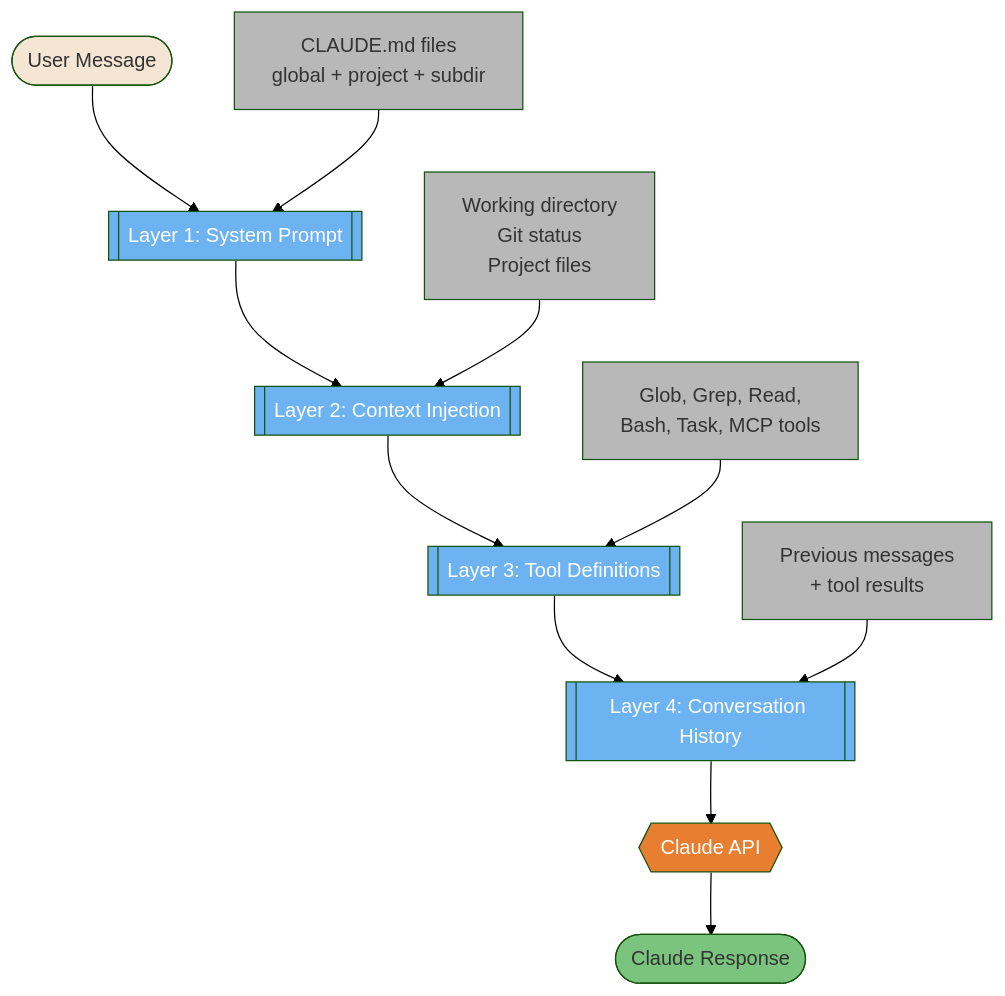
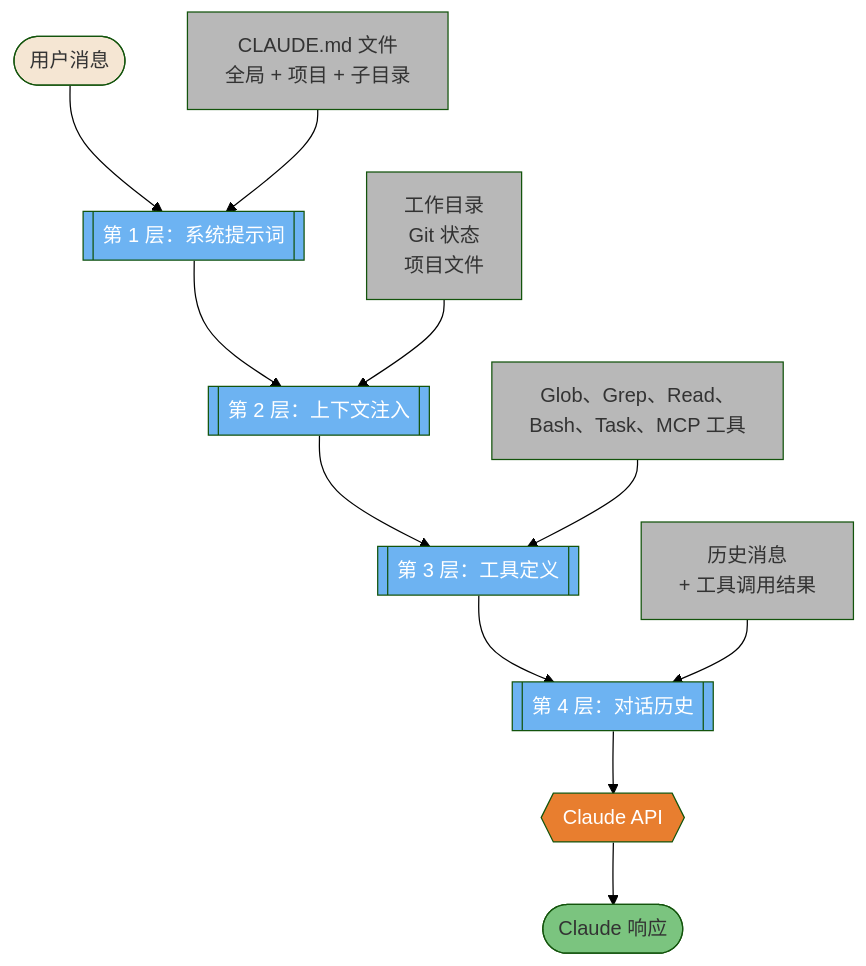
The first of 4 diagrams in claude-code/diagrams/01-foundations.md (lawrencewzen/aispark-wiki), drawn with Mermaid (forest theme) before and after one commit. The commit also changed other lines of this file and 82 other files, not shown here.

First line of the commit message:
feat: 完成 claude-code/ 目录全量中文翻译

````diff
--- a/claude-code/diagrams/01-foundations.md
+++ b/claude-code/diagrams/01-foundations.md
@@ -19,38 +19,38 @@
 ```mermaid
 flowchart TD
-    A([User Message]) --> B[[Layer 1: System Prompt]]
-    B --> C[[Layer 2: Context Injection]]
-    C --> D[[Layer 3: Tool Definitions]]
-    D --> E[[Layer 4: Conversation History]]
+    A([用户消息]) --> B[[第 1 层：系统提示词]]
+    B --> C[[第 2 层：上下文注入]]
+    C --> D[[第 3 层：工具定义]]
+    D --> E[[第 4 层：对话历史]]
     E --> F{{Claude API}}
-    F --> G([Claude Response])
+    F --> G([Claude 响应])
 
-    B1[CLAUDE.md files<br/>global + project + subdir] --> B
-    C1[Working directory<br/>Git status<br/>Project files] --> C
-    D1[Glob, Grep, Read,<br/>Bash, Task, MCP tools] --> D
-    E1[Previous messages<br/>+ tool results] --> E
+    B1[CLAUDE.md 文件<br/>全局 + 项目 + 子目录] --> B
+    C1[工作目录<br/>Git 状态<br/>项目文件] --> C
+    D1[Glob、Grep、Read、<br/>Bash、Task、MCP 工具] --> D
+    E1[历史消息<br/>+ 工具调用结果] --> E
 
     style A fill:#F5E6D3,color:#333
     style B fill:#6DB3F2,color:#fff
     style C fill:#6DB3F2,color:#fff
     style D fill:#6DB3F2,color:#fff
     style E fill:#6DB3F2,color:#fff
     style F fill:#E87E2F,color:#fff
     style G fill:#7BC47F,color:#333
     style B1 fill:#B8B8B8,color:#333
     style C1 fill:#B8B8B8,color:#333
     style D1 fill:#B8B8B8,color:#333
     style E1 fill:#B8B8B8,color:#333
 
-    click A href "https://github.com/claude-code-ultimate-guide/claude-code-ultimate-guide/blob/main/guide/ultimate-guide.md#12-first-workflow" "First Workflow"
-    click B href "https://github.com/claude-code-ultimate-guide/claude-code-ultimate-guide/blob/main/guide/core/architecture.md#1-the-master-loop" "Layer 1: System Prompt"
-    click B1 href "https://github.com/claude-code-ultimate-guide/claude-code-ultimate-guide/blob/main/guide/ultimate-guide.md#31-memory-files-claudemd" "Memory Files (CLAUDE.md)"
-    click C href "https://github.com/claude-code-ultimate-guide/claude-code-ultimate-guide/blob/main/guide/ultimate-guide.md#22-context-management" "Layer 2: Context Injection"
-    click C1 href "https://github.com/claude-code-ultimate-guide/claude-code-ultimate-guide/blob/main/guide/ultimate-guide.md#22-context-management" "Context Management"
-    click D href "https://github.com/claude-code-ultimate-guide/claude-code-ultimate-guide/blob/main/guide/core/architecture.md#2-the-tool-arsenal" "Layer 3: Tool Definitions"
-    click D1 href "https://github.com/claude-code-ultimate-guide/claude-code-ultimate-guide/blob/main/guide/core/architecture.md#2-the-tool-arsenal" "Tool Arsenal"
-    click E href "https://github.com/claude-code-ultimate-guide/claude-code-ultimate-guide/blob/main/guide/ultimate-guide.md#22-context-management" "Layer 4: Conversation History"
-    click E1 href "https://github.com/claude-code-ultimate-guide/claude-code-ultimate-guide/blob/main/guide/ultimate-guide.md#22-context-management" "Context Management"
-    click F href "https://github.com/claude-code-ultimate-guide/claude-code-ultimate-guide/blob/main/guide/core/architecture.md#1-the-master-loop" "Claude API — Master Loop"
-    click G href "https://github.com/claude-code-ultimate-guide/claude-code-ultimate-guide/blob/main/guide/core/architecture.md#1-the-master-loop" "Claude Response"
+    click A href "https://github.com/claude-code-ultimate-guide/claude-code-ultimate-guide/blob/main/guide/ultimate-guide.md#12-first-workflow" "首次工作流"
+    click B href "https://github.com/claude-code-ultimate-guide/claude-code-ultimate-guide/blob/main/guide/core/architecture.md#1-the-master-loop" "第 1 层：系统提示词"
+    click B1 href "https://github.com/claude-code-ultimate-guide/claude-code-ultimate-guide/blob/main/guide/ultimate-guide.md#31-memory-files-claudemd" "记忆文件（CLAUDE.md）"
+    click C href "https://github.com/claude-code-ultimate-guide/claude-code-ultimate-guide/blob/main/guide/ultimate-guide.md#22-context-management" "第 2 层：上下文注入"
+    click C1 href "https://github.com/claude-code-ultimate-guide/claude-code-ultimate-guide/blob/main/guide/ultimate-guide.md#22-context-management" "上下文管理"
+    click D href "https://github.com/claude-code-ultimate-guide/claude-code-ultimate-guide/blob/main/guide/core/architecture.md#2-the-tool-arsenal" "第 3 层：工具定义"
+    click D1 href "https://github.com/claude-code-ultimate-guide/claude-code-ultimate-guide/blob/main/guide/core/architecture.md#2-the-tool-arsenal" "工具集"
+    click E href "https://github.com/claude-code-ultimate-guide/claude-code-ultimate-guide/blob/main/guide/ultimate-guide.md#22-context-management" "第 4 层：对话历史"
+    click E1 href "https://github.com/claude-code-ultimate-guide/claude-code-ultimate-guide/blob/main/guide/ultimate-guide.md#22-context-management" "上下文管理"
+    click F href "https://github.com/claude-code-ultimate-guide/claude-code-ultimate-guide/blob/main/guide/core/architecture.md#1-the-master-loop" "Claude API — 主循环"
+    click G href "https://github.com/claude-code-ultimate-guide/claude-code-ultimate-guide/blob/main/guide/core/architecture.md#1-the-master-loop" "Claude 响应"
 ```
````
